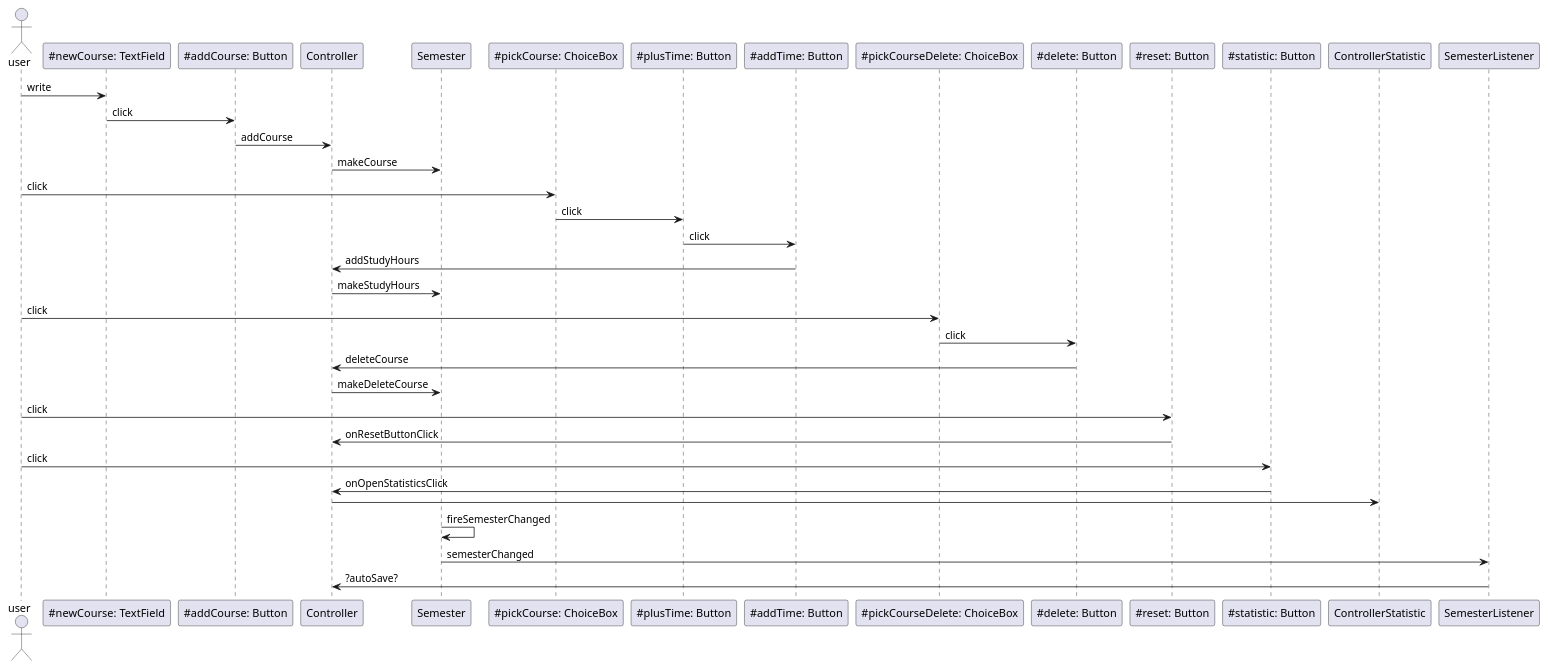
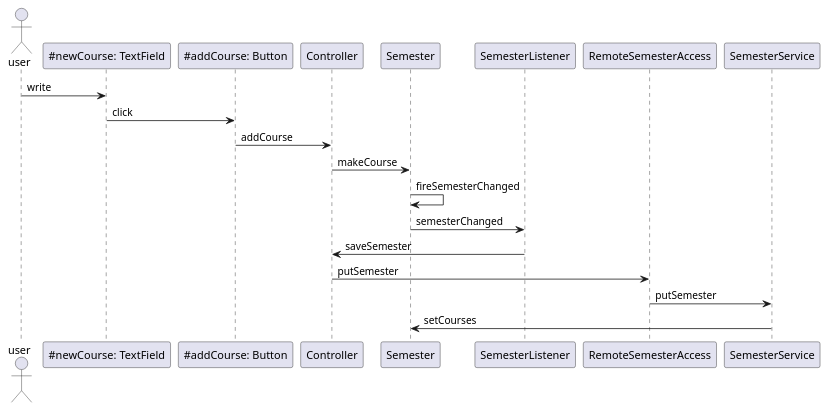
One commit to bmksimons/studytracker changed the fourth of 6 diagrams in IT1901/README.md. Above: the diagram before and after it, drawn with PlantUML. The commit also changed other lines of this file, not shown here.

````diff
--- a/IT1901/README.md
+++ b/IT1901/README.md
@@ -172,35 +186,16 @@
 ``` plantuml
 @startuml
 actor user
 user -> "~#newCourse: TextField" as newCourse: write
 newCourse -> "~#addCourse: Button" as addCourse: click
 addCourse -> Controller: addCourse
 Controller -> Semester: makeCourse
-
-user -> "~#pickCourse: ChoiceBox" as pickCourse: click
-pickCourse -> "~#plusTime: Button" as plusTime: click
-plusTime -> "~#addTime: Button" as addTime: click
-addTime -> Controller: addStudyHours
-Controller -> Semester: makeStudyHours
-
-user -> "~#pickCourseDelete: ChoiceBox" as pickCourseDelete: click
-pickCourseDelete -> "~#delete: Button" as delete: click
-delete -> Controller: deleteCourse
-Controller -> Semester: makeDeleteCourse
-
-user -> "~#reset: Button" as reset: click
-reset -> Controller: onResetButtonClick
-
-user -> "~#statistic: Button" as statistic: click
-statistic -> Controller: onOpenStatisticsClick
-Controller -> ControllerStatistic
-
-
 Semester -> Semester: fireSemesterChanged
 Semester -> SemesterListener: semesterChanged
-
-SemesterListener -> Controller: ?autoSave?
-
+SemesterListener -> Controller: saveSemester
+Controller -> RemoteSemesterAccess: putSemester
+RemoteSemesterAccess -> SemesterService: putSemester
+SemesterService -> Semester: setCourses
 
 @enduml
 ```
````
